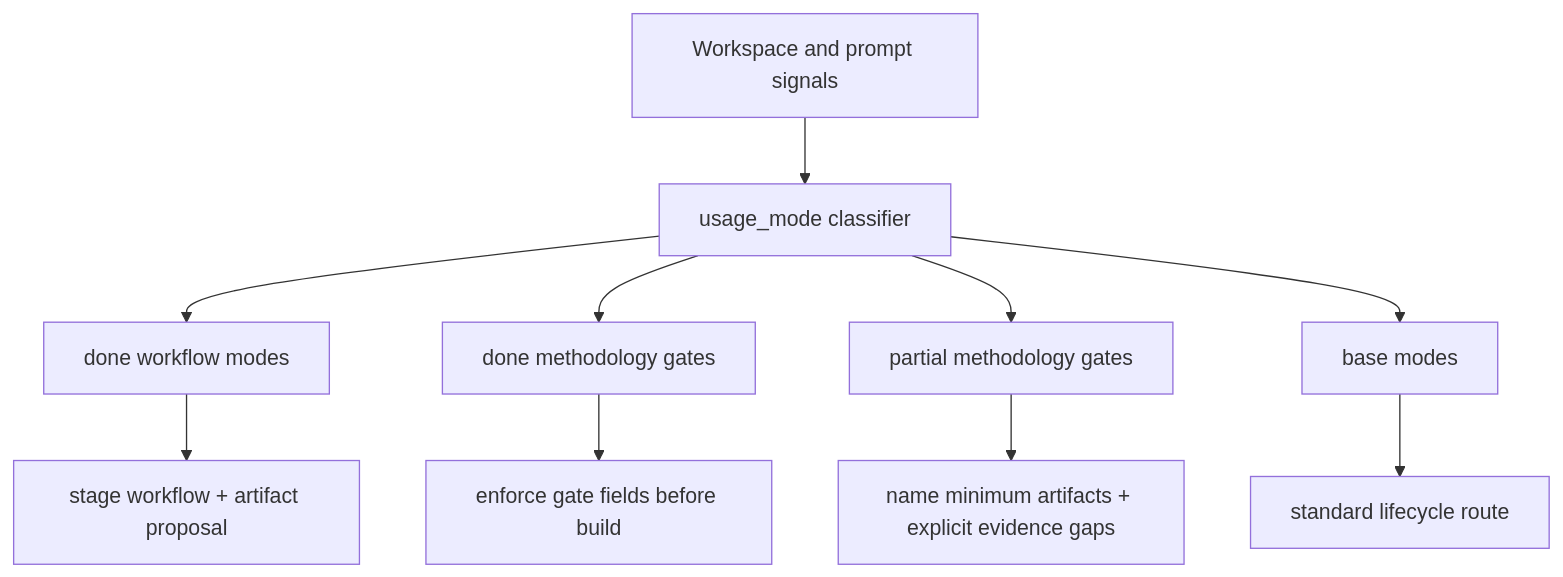
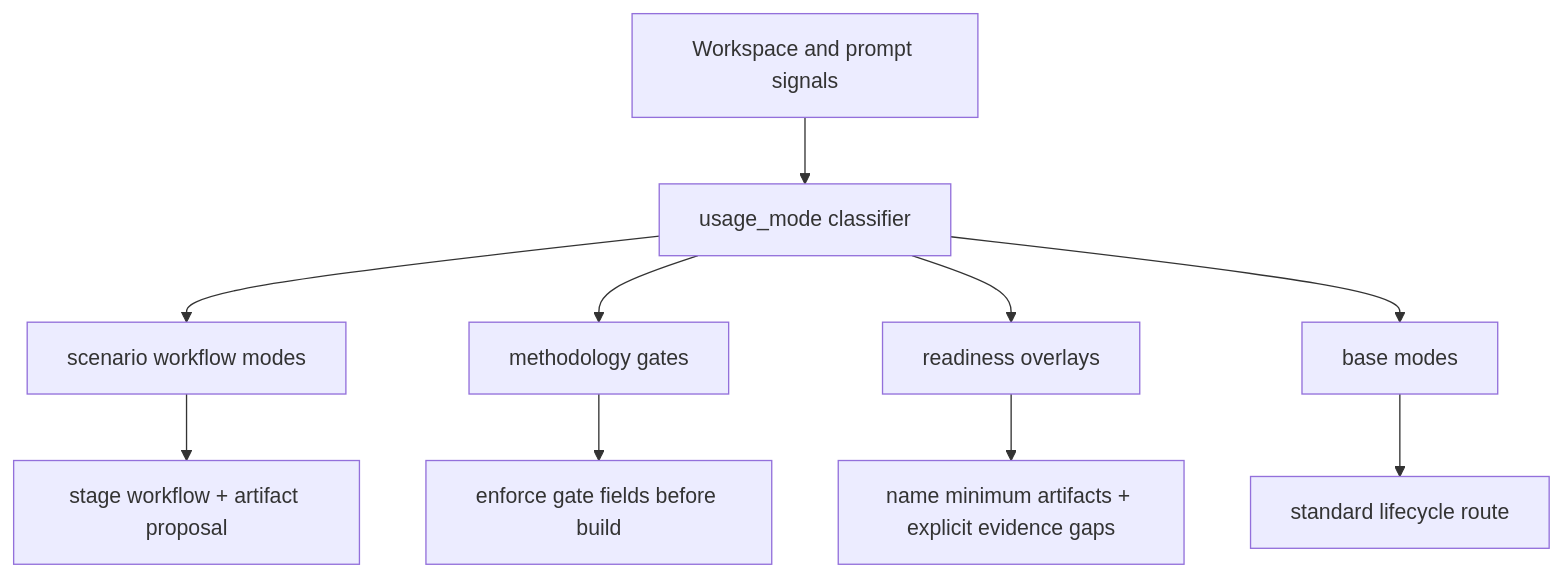
One commit to alexroadcaster/product-agent-os changed the sixth of 9 diagrams in docs/product-agent-os/architecture.md. Above: the diagram before and after it, drawn with Mermaid. The commit also changed other lines of this file and 34 other files, not shown here.

````diff
--- a/docs/product-agent-os/architecture.md
+++ b/docs/product-agent-os/architecture.md
@@ -131,12 +153,12 @@
 ```mermaid
 flowchart TD
     W["Workspace and prompt signals"] --> U["usage_mode classifier"]
-    U --> D["done workflow modes"]
-    U --> M["done methodology gates"]
-    U --> P["partial methodology gates"]
+    U --> D["scenario workflow modes"]
+    U --> M["methodology gates"]
+    U --> P["readiness overlays"]
     U --> B["base modes"]
     D --> A["stage workflow + artifact proposal"]
     M --> E["enforce gate fields before build"]
     P --> G["name minimum artifacts + explicit evidence gaps"]
     B --> R["standard lifecycle route"]
 ```
````
